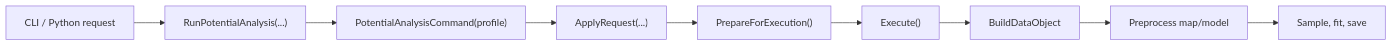
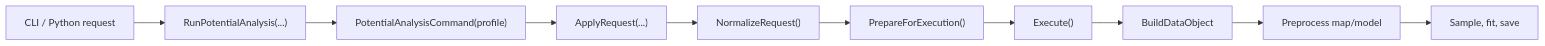
Before and after one commit to yslianTim/rhbm_gem: the diagram in docs/developer/commands/potential_analysis.md, drawn with Mermaid. The commit also changed other lines of this file and 38 other files, not shown here.

````diff
--- a/docs/developer/commands/potential_analysis.md
+++ b/docs/developer/commands/potential_analysis.md
@@ -53,11 +75,12 @@
 ```mermaid
 flowchart LR
     A["CLI / Python request"] --> B["RunPotentialAnalysis(...)"]
     B --> C["PotentialAnalysisCommand(profile)"]
     C --> D["ApplyRequest(...)"]
-    D --> E["PrepareForExecution()"]
-    E --> F["Execute()"]
-    F --> G["BuildDataObject"]
-    G --> H["Preprocess map/model"]
-    H --> I["Sample, fit, save"]
+    D --> E["NormalizeRequest()"]
+    E --> F["PrepareForExecution()"]
+    F --> G["Execute()"]
+    G --> H["BuildDataObject"]
+    H --> I["Preprocess map/model"]
+    I --> J["Sample, fit, save"]
 ```
````
